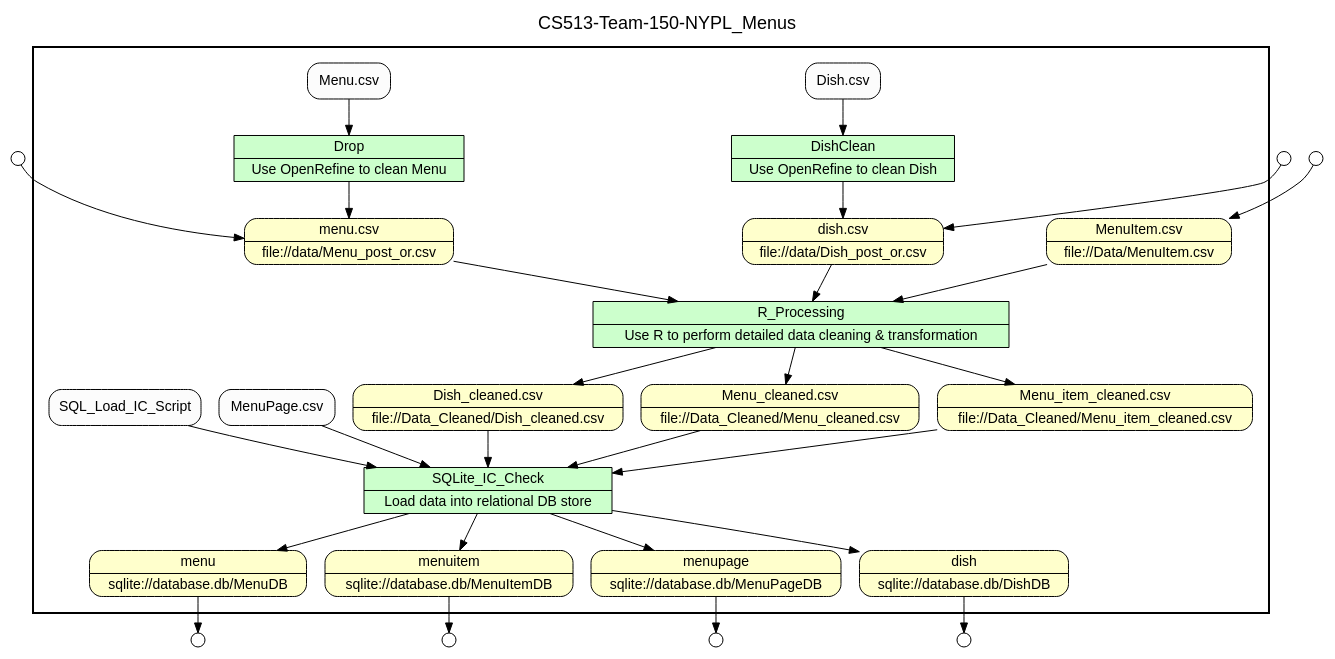
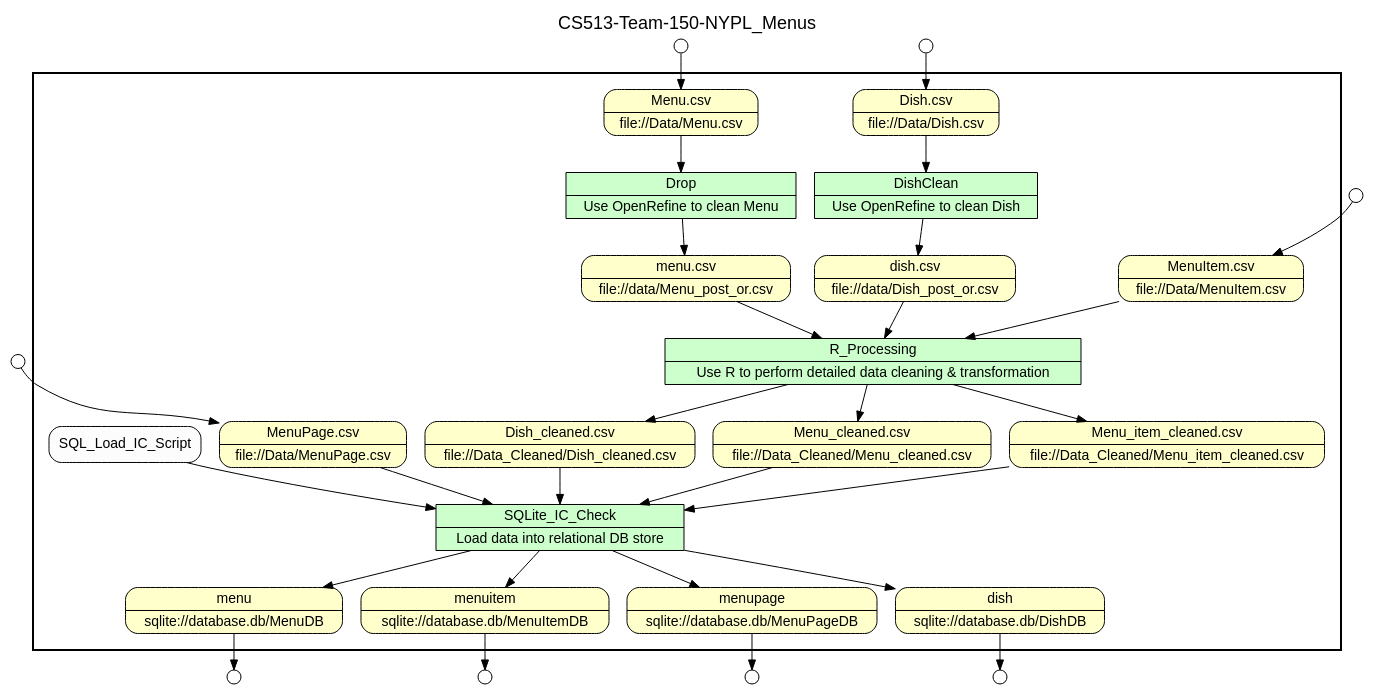
Before and after one commit to sushma9/CS513FinalProjectRepo: the diagram in yw/outer_workflow.gv, drawn with Graphviz. The commit also changed 5 other files, not shown here.

```diff
--- a/yw/outer_workflow.gv
+++ b/yw/outer_workflow.gv
@@ -1,96 +1,101 @@
 
 /* Start of top-level graph */
 digraph Workflow {
 rankdir=TB
 
 /* Title for graph */
 fontname=Helvetica; fontsize=18; labelloc=t
 label="CS513-Team-150-NYPL_Menus"
 
 /* Start of double cluster for drawing box around nodes in workflow */
 subgraph cluster_workflow_box_outer { label=""; color=black; penwidth=2
 subgraph cluster_workflow_box_inner { label=""; penwidth=0
 
 /* Style for nodes representing atomic programs in workflow */
 node[shape=box style=filled fillcolor="#CCFFCC" peripheries=1 fontname=Helvetica]
 
 /* Nodes representing atomic programs in workflow */
 Drop [shape=record rankdir=LR label="{<f0> Drop |<f1> Use OpenRefine to clean Menu}"];
 DishClean [shape=record rankdir=LR label="{<f0> DishClean |<f1> Use OpenRefine to clean Dish}"];
 R_Processing [shape=record rankdir=LR label="{<f0> R_Processing |<f1> Use R to perform detailed data cleaning & transformation}"];
 SQLite_IC_Check [shape=record rankdir=LR label="{<f0> SQLite_IC_Check |<f1> Load data into relational DB store}"];
 
 /* Style for nodes representing non-parameter data channels in workflow */
 node[shape=box style="rounded,filled" fillcolor="#FFFFCC" peripheries=1 fontname=Helvetica]
 
 /* Nodes for non-parameter data channels in workflow */
+"Menu.csv" [shape=record rankdir=LR label="{<f0> Menu.csv |<f1> file\://Data/Menu.csv}"];
+"Dish.csv" [shape=record rankdir=LR label="{<f0> Dish.csv |<f1> file\://Data/Dish.csv}"];
 "menu.csv" [shape=record rankdir=LR label="{<f0> menu.csv |<f1> file\://data/Menu_post_or.csv}"];
 "dish.csv" [shape=record rankdir=LR label="{<f0> dish.csv |<f1> file\://data/Dish_post_or.csv}"];
 "MenuItem.csv" [shape=record rankdir=LR label="{<f0> MenuItem.csv |<f1> file\://Data/MenuItem.csv}"];
 "Menu_cleaned.csv" [shape=record rankdir=LR label="{<f0> Menu_cleaned.csv |<f1> file\://Data_Cleaned/Menu_cleaned.csv}"];
 "Menu_item_cleaned.csv" [shape=record rankdir=LR label="{<f0> Menu_item_cleaned.csv |<f1> file\://Data_Cleaned/Menu_item_cleaned.csv}"];
+"MenuPage.csv" [shape=record rankdir=LR label="{<f0> MenuPage.csv |<f1> file\://Data/MenuPage.csv}"];
 "Dish_cleaned.csv" [shape=record rankdir=LR label="{<f0> Dish_cleaned.csv |<f1> file\://Data_Cleaned/Dish_cleaned.csv}"];
 menu [shape=record rankdir=LR label="{<f0> menu |<f1> sqlite\://database.db/MenuDB}"];
 menuitem [shape=record rankdir=LR label="{<f0> menuitem |<f1> sqlite\://database.db/MenuItemDB}"];
 menupage [shape=record rankdir=LR label="{<f0> menupage |<f1> sqlite\://database.db/MenuPageDB}"];
 dish [shape=record rankdir=LR label="{<f0> dish |<f1> sqlite\://database.db/DishDB}"];
 
 /* Style for nodes representing parameter channels in workflow */
 node[shape=box style="rounded,filled" fillcolor="#FCFCFC" peripheries=1 fontname=Helvetica]
 
 /* Nodes representing parameter channels in workflow */
 
 /* Edges representing connections between programs and channels */
 Drop -> "menu.csv"
 "Menu.csv" -> Drop
 DishClean -> "dish.csv"
 "Dish.csv" -> DishClean
 R_Processing -> "Menu_cleaned.csv"
 R_Processing -> "Menu_item_cleaned.csv"
 R_Processing -> "Dish_cleaned.csv"
 "menu.csv" -> R_Processing
 "dish.csv" -> R_Processing
 "MenuItem.csv" -> R_Processing
 SQLite_IC_Check -> menu
 SQLite_IC_Check -> menuitem
 SQLite_IC_Check -> menupage
 SQLite_IC_Check -> dish
 "Menu_cleaned.csv" -> SQLite_IC_Check
 "Menu_item_cleaned.csv" -> SQLite_IC_Check
 "MenuPage.csv" -> SQLite_IC_Check
 "Dish_cleaned.csv" -> SQLite_IC_Check
 SQL_Load_IC_Script -> SQLite_IC_Check
 
 /* End of double cluster for drawing box around nodes in workflow */
 }}
 
 /* Style for nodes representing workflow input ports */
 node[shape=circle style="rounded,filled" fillcolor="#FFFFFF" peripheries=1 fontname=Helvetica width=0.2]
 
 /* Nodes representing workflow input ports */
-"menu.csv_input_port" [label=""]
-"dish.csv_input_port" [label=""]
+"Menu.csv_input_port" [label=""]
+"Dish.csv_input_port" [label=""]
 "MenuItem.csv_input_port" [label=""]
+"MenuPage.csv_input_port" [label=""]
 
 /* Style for nodes representing workflow output ports */
 node[shape=circle style="rounded,filled" fillcolor="#FFFFFF" peripheries=1 fontname=Helvetica width=0.2]
 
 /* Nodes representing workflow output ports */
 menu_output_port [label=""]
 menuitem_output_port [label=""]
 menupage_output_port [label=""]
 dish_output_port [label=""]
 
 /* Edges from input ports to channels */
-"menu.csv_input_port" -> "menu.csv"
-"dish.csv_input_port" -> "dish.csv"
+"Menu.csv_input_port" -> "Menu.csv"
+"Dish.csv_input_port" -> "Dish.csv"
 "MenuItem.csv_input_port" -> "MenuItem.csv"
+"MenuPage.csv_input_port" -> "MenuPage.csv"
 
 /* Edges from channels to output ports */
 menu -> menu_output_port
 menuitem -> menuitem_output_port
 menupage -> menupage_output_port
 dish -> dish_output_port
 
 /* End of top-level graph */
 }
```
